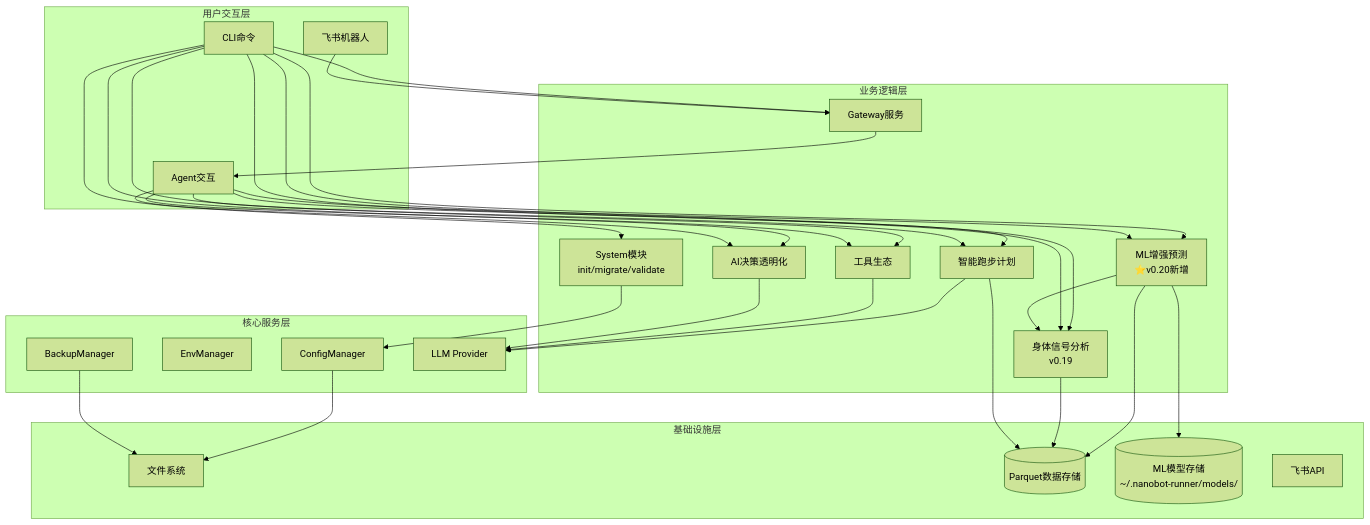
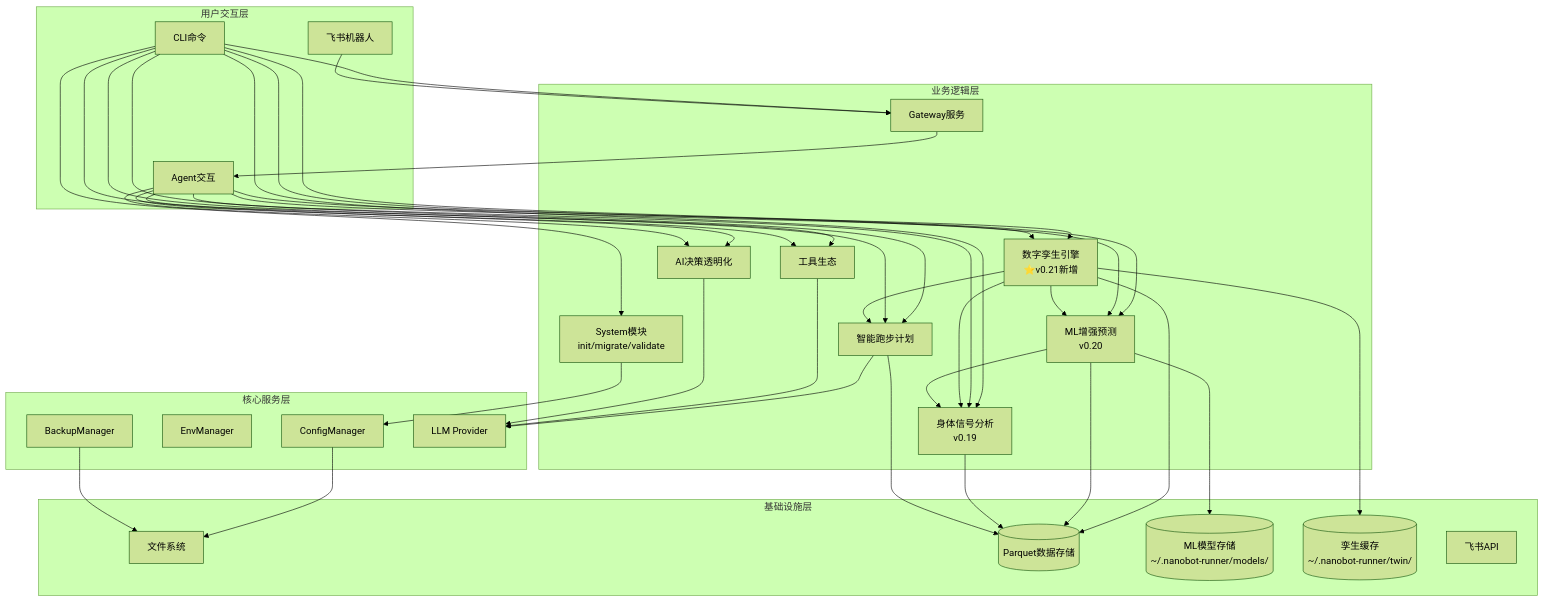
One commit to yecllsl/nanobot-runner changed the first of 12 diagrams in docs/architecture/架构设计说明书.md. Above: the diagram before and after it, drawn with Mermaid (forest theme). The commit also changed other lines of this file and 5 other files, not shown here.

````diff
--- a/docs/architecture/架构设计说明书.md
+++ b/docs/architecture/架构设计说明书.md
@@ -120,62 +133,71 @@
 ```mermaid
 graph TB
     subgraph "用户交互层"
         CLI[CLI命令]
         AGENT[Agent交互]
         FEISHU[飞书机器人]
     end
 
     subgraph "业务逻辑层"
         SYSTEM[System模块<br/>init/migrate/validate]
         PLAN[智能跑步计划]
         TOOLS[工具生态]
         TRANSPARENCY[AI决策透明化]
         BODY_SIGNAL[身体信号分析<br/>v0.19]
-        PREDICTION[ML增强预测<br/>⭐v0.20新增]
+        PREDICTION[ML增强预测<br/>v0.20]
+        TWIN[数字孪生引擎<br/>⭐v0.21新增]
         GATEWAY[Gateway服务]
     end
 
     subgraph "核心服务层"
         CONFIG[ConfigManager]
         ENV[EnvManager]
         BACKUP[BackupManager]
         LLM[LLM Provider]
     end
 
     subgraph "基础设施层"
         FS[文件系统]
         DB[(Parquet数据存储)]
         MODELS[(ML模型存储<br/>~/.nanobot-runner/models/)]
+        TWIN_CACHE[(孪生缓存<br/>~/.nanobot-runner/twin/)]
         FEISHU_API[飞书API]
     end
 
     CLI --> SYSTEM
     CLI --> PLAN
     CLI --> TOOLS
     CLI --> TRANSPARENCY
     CLI --> BODY_SIGNAL
     CLI --> PREDICTION
+    CLI --> TWIN
     CLI --> GATEWAY
 
     AGENT --> PLAN
     AGENT --> TOOLS
     AGENT --> TRANSPARENCY
     AGENT --> BODY_SIGNAL
     AGENT --> PREDICTION
+    AGENT --> TWIN
 
     FEISHU --> GATEWAY
     GATEWAY --> AGENT
 
+    TWIN --> PREDICTION
+    TWIN --> BODY_SIGNAL
+    TWIN --> PLAN
+    TWIN --> DB
+    TWIN --> TWIN_CACHE
     PREDICTION --> BODY_SIGNAL
     PREDICTION --> DB
     PREDICTION --> MODELS
     BODY_SIGNAL --> DB
     PLAN --> LLM
     TOOLS --> LLM
     TRANSPARENCY --> LLM
     SYSTEM --> CONFIG
 
     CONFIG --> FS
     BACKUP --> FS
     PLAN --> DB
 ```
````
